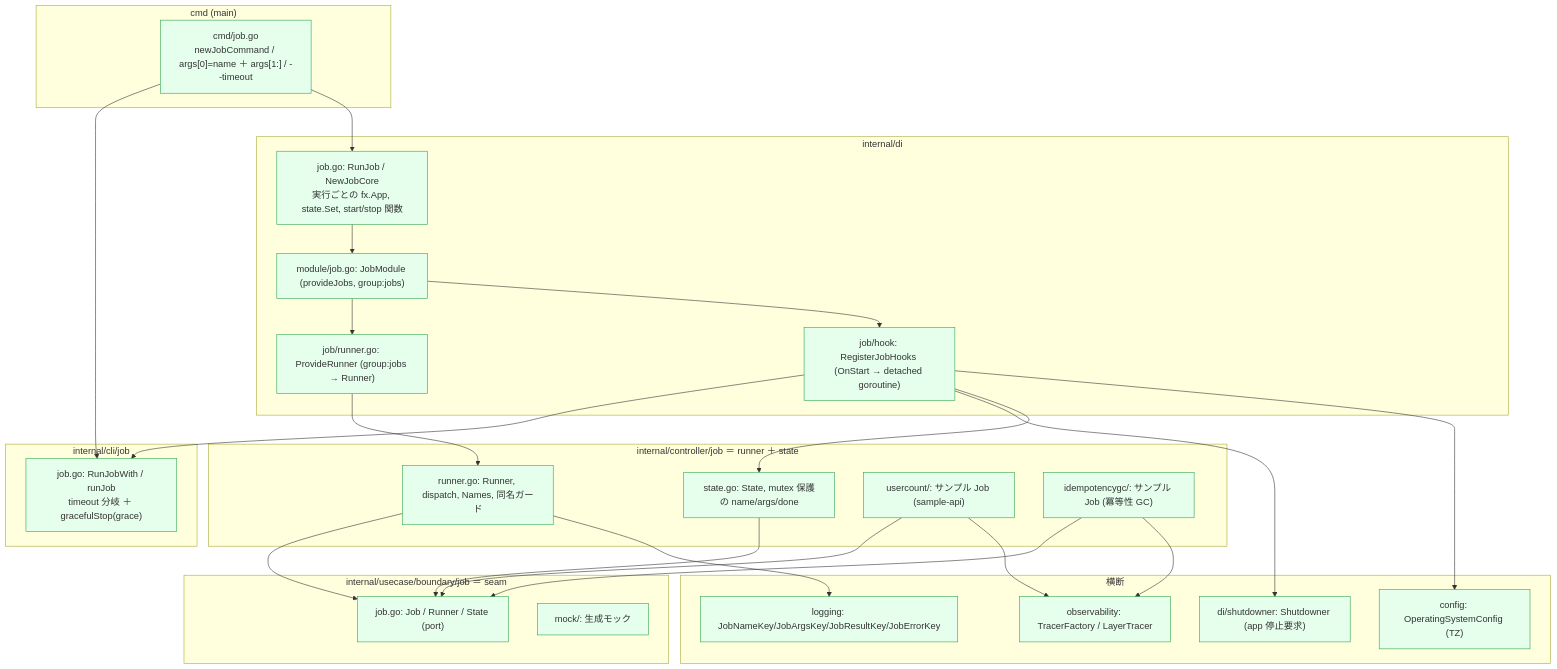
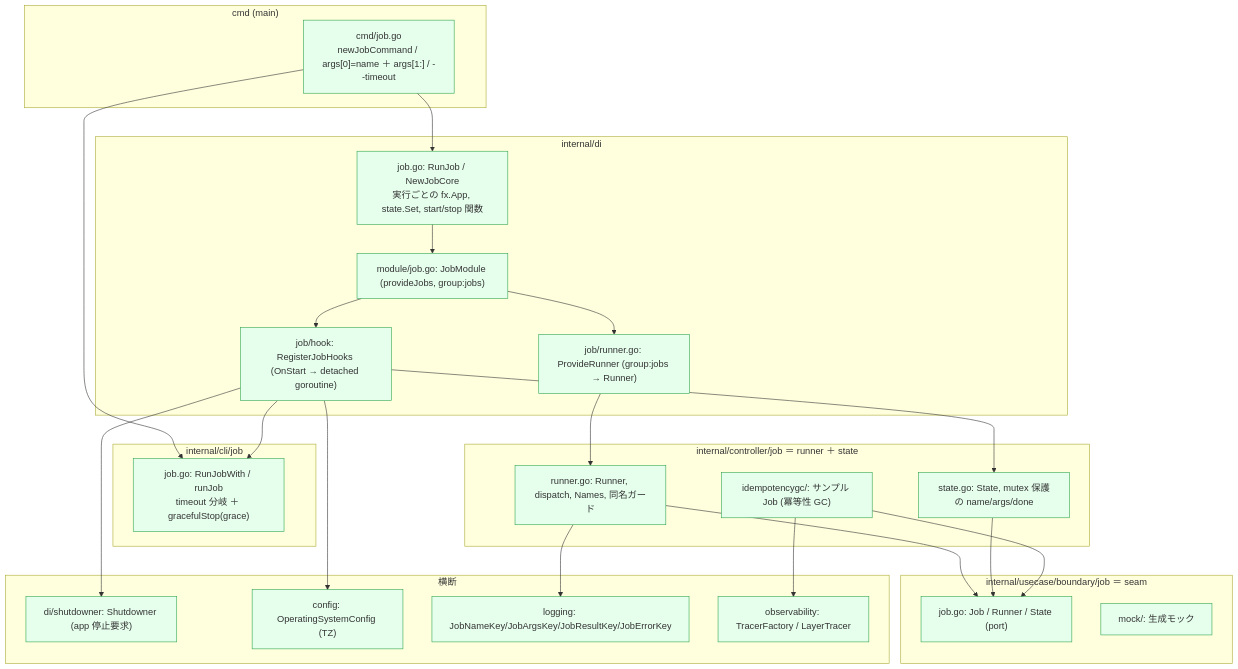
Before and after one commit to Tomy-ch/go-boilerplate: the fourth of 6 diagrams in docs/design/job.ja.md, drawn with Mermaid. The commit also changed other lines of this file and 895 other files, not shown here.

First line of the commit message:
Chore: サンプル API 爆破の実行結果を検証用に記録する

````diff
--- a/docs/design/job.ja.md
+++ b/docs/design/job.ja.md
@@ -94,62 +94,49 @@
 ```mermaid
 flowchart TD
     subgraph cmdL["cmd (main)"]
         CMD["cmd/job.go<br/>newJobCommand / args[0]=name ＋ args[1:] / --timeout"]
     end
     subgraph cliL["internal/cli/job"]
         CLI["job.go: RunJobWith / runJob<br/>timeout 分岐 ＋ gracefulStop(grace)"]
     end
     subgraph diL["internal/di"]
         DIJ["job.go: RunJob / NewJobCore<br/>実行ごとの fx.App, state.Set, start/stop 関数"]
         DIR["job/runner.go: ProvideRunner (group:jobs → Runner)"]
         DIH["job/hook: RegisterJobHooks (OnStart → detached goroutine)"]
         DIM["module/job.go: JobModule (provideJobs, group:jobs)"]
     end
     subgraph ctrlL["internal/controller/job  ＝ runner ＋ state"]
         RUN["runner.go: Runner, dispatch, Names, 同名ガード"]
         STATE["state.go: State, mutex 保護の name/args/done"]
-        %% sample-api:begin
-        UC["usercount/: サンプル Job (sample-api)"]
-        %% sample-api:end
         GC["idempotencygc/: サンプル Job (冪等性 GC)"]
     end
     subgraph seamL["internal/usecase/boundary/job  ＝ seam"]
         PORT["job.go: Job / Runner / State (port)"]
         MOCK["mock/: 生成モック"]
     end
     subgraph crossL["横断"]
         SD["di/shutdowner: Shutdowner (app 停止要求)"]
         CFG["config: OperatingSystemConfig (TZ)"]
         LOG["logging: JobNameKey/JobArgsKey/JobResultKey/JobErrorKey"]
         OTEL["observability: TracerFactory / LayerTracer"]
     end
 
     CMD --> CLI
     CMD --> DIJ
     DIJ --> DIM
     DIM --> DIR
     DIM --> DIH
     DIH --> CLI
     DIR --> RUN
     RUN --> PORT
     STATE --> PORT
-    %% sample-api:begin
-    UC --> PORT
-    %% sample-api:end
     GC --> PORT
     DIH --> SD
     DIH --> STATE
     RUN --> LOG
-    %% sample-api:begin
-    UC --> OTEL
-    %% sample-api:end
     GC --> OTEL
     DIH --> CFG
 
     classDef done fill:#e6ffed,stroke:#2da44e;
-    %% sample-api:replace-begin
-    class CMD,CLI,DIJ,DIR,DIH,DIM,RUN,STATE,UC,GC,PORT,MOCK,SD,CFG,LOG,OTEL done;
-    %% sample-api:replace-with
-    %% = class CMD,CLI,DIJ,DIR,DIH,DIM,RUN,STATE,GC,PORT,MOCK,SD,CFG,LOG,OTEL done;
-    %% sample-api:replace-end
+    class CMD,CLI,DIJ,DIR,DIH,DIM,RUN,STATE,GC,PORT,MOCK,SD,CFG,LOG,OTEL done;
 ```
````
